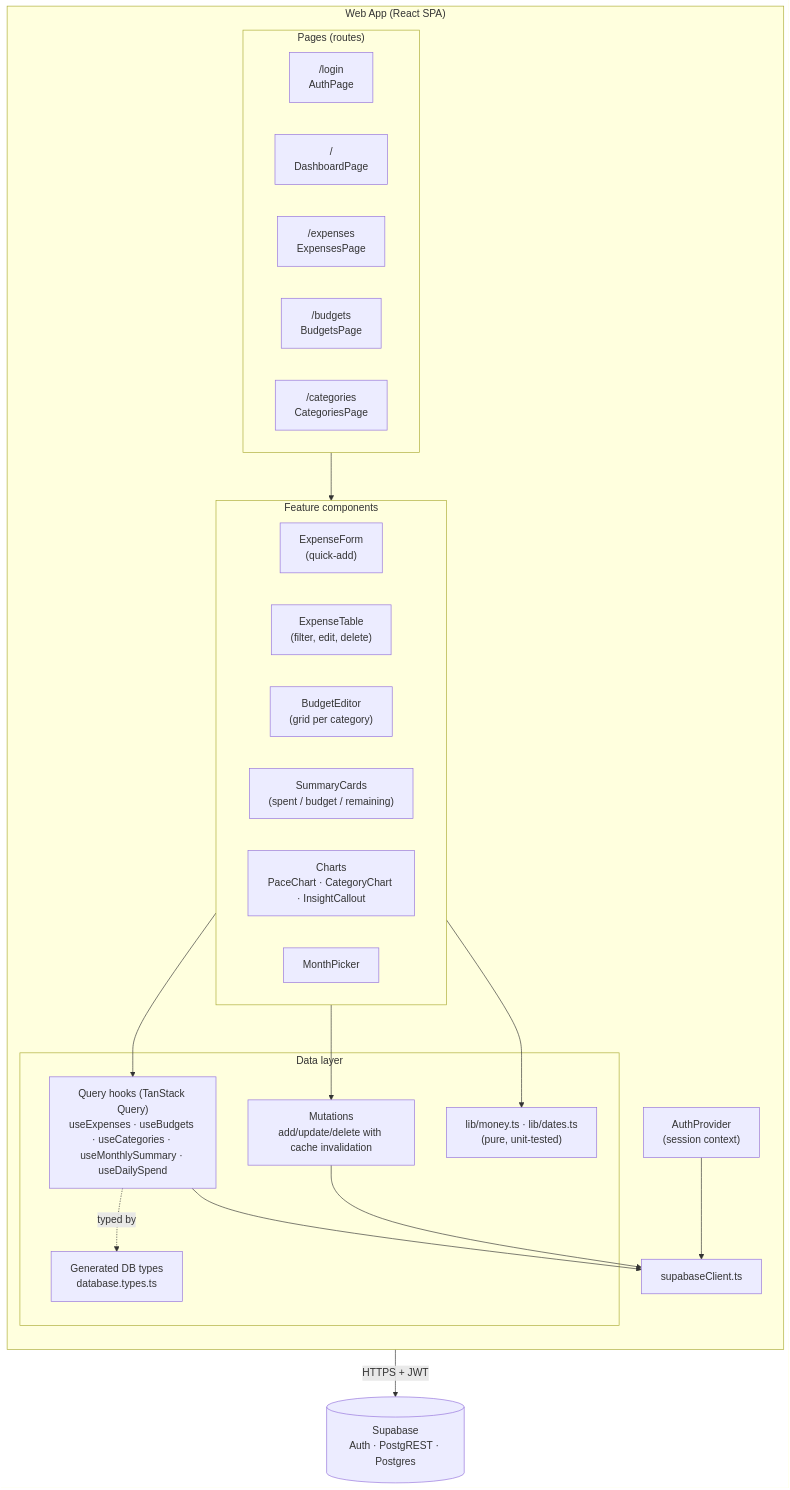
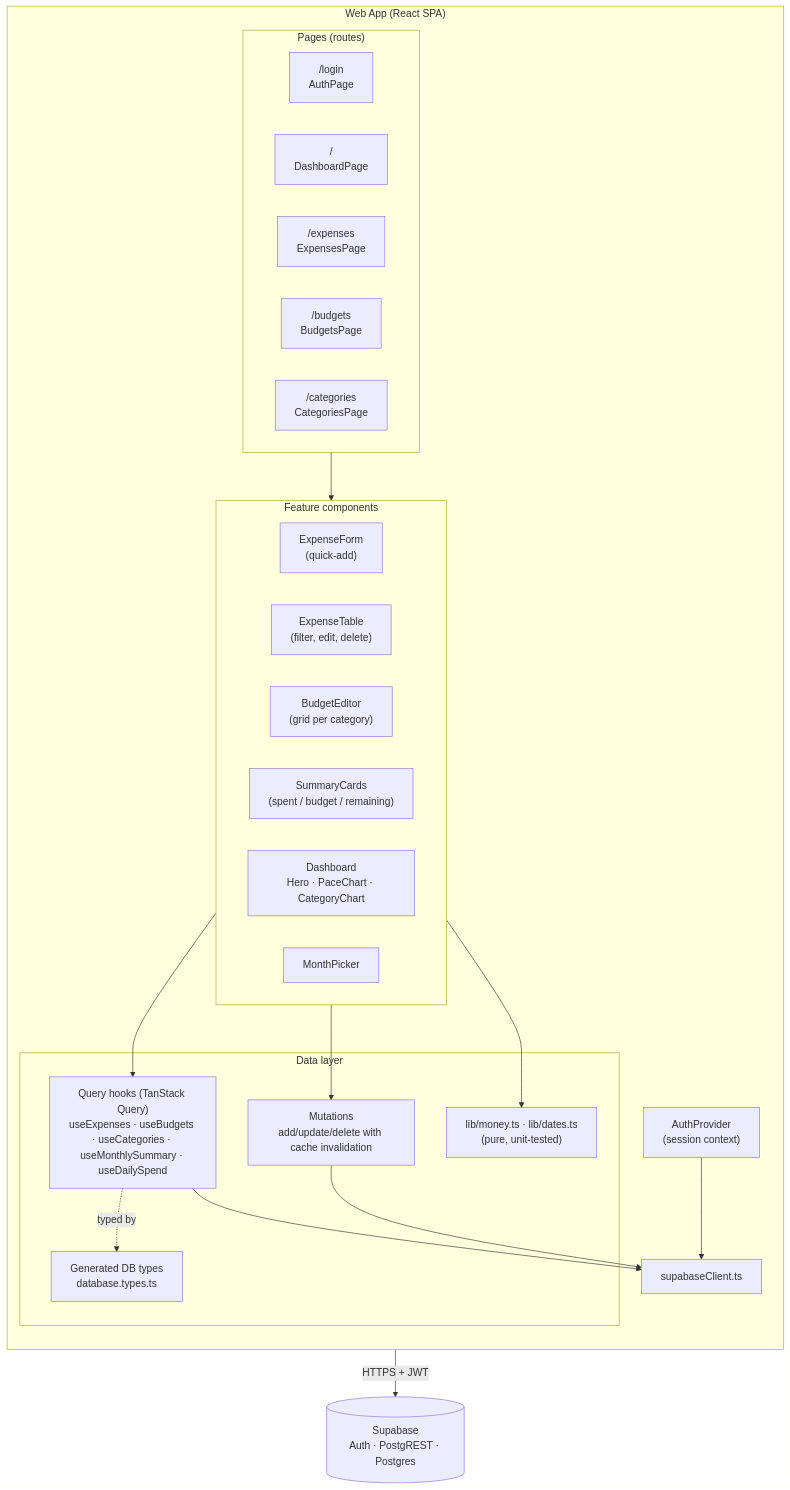
One commit to adityasingh-07/finance-dashboard changed the third of 7 diagrams in finance-dashboard/docs/ARCHITECTURE.md. Above: the diagram before and after it, drawn with Mermaid. The commit also changed 10 other files, not shown here.

````diff
--- a/finance-dashboard/docs/ARCHITECTURE.md
+++ b/finance-dashboard/docs/ARCHITECTURE.md
@@ -98,42 +98,42 @@
 ```mermaid
 flowchart TB
     subgraph SPA["Web App (React SPA)"]
         direction TB
         subgraph Pages["Pages (routes)"]
             P1["/login<br/>AuthPage"]
             P2["/<br/>DashboardPage"]
             P3["/expenses<br/>ExpensesPage"]
             P4["/budgets<br/>BudgetsPage"]
             P5["/categories<br/>CategoriesPage"]
         end
 
         subgraph UI["Feature components"]
             C1["ExpenseForm<br/>(quick-add)"]
             C2["ExpenseTable<br/>(filter, edit, delete)"]
             C3["BudgetEditor<br/>(grid per category)"]
             C4["SummaryCards<br/>(spent / budget / remaining)"]
-            C5["Charts<br/>PaceChart · CategoryChart · InsightCallout"]
+            C5["Dashboard<br/>Hero · PaceChart · CategoryChart"]
             C6["MonthPicker"]
         end
 
         subgraph Data["Data layer"]
             H1["Query hooks (TanStack Query)<br/>useExpenses · useBudgets · useCategories · useMonthlySummary · useDailySpend"]
             H2["Mutations<br/>add/update/delete with cache invalidation"]
             T["Generated DB types<br/>database.types.ts"]
             L["lib/money.ts · lib/dates.ts<br/>(pure, unit-tested)"]
         end
 
         AC["AuthProvider<br/>(session context)"]
         SC["supabaseClient.ts"]
     end
 
     Pages --> UI
     UI --> H1
     UI --> H2
     UI --> L
     H1 --> SC
     H2 --> SC
     AC --> SC
     H1 -. typed by .-> T
     SC -->|HTTPS + JWT| SUPA[("Supabase<br/>Auth · PostgREST · Postgres")]
 ```
````
